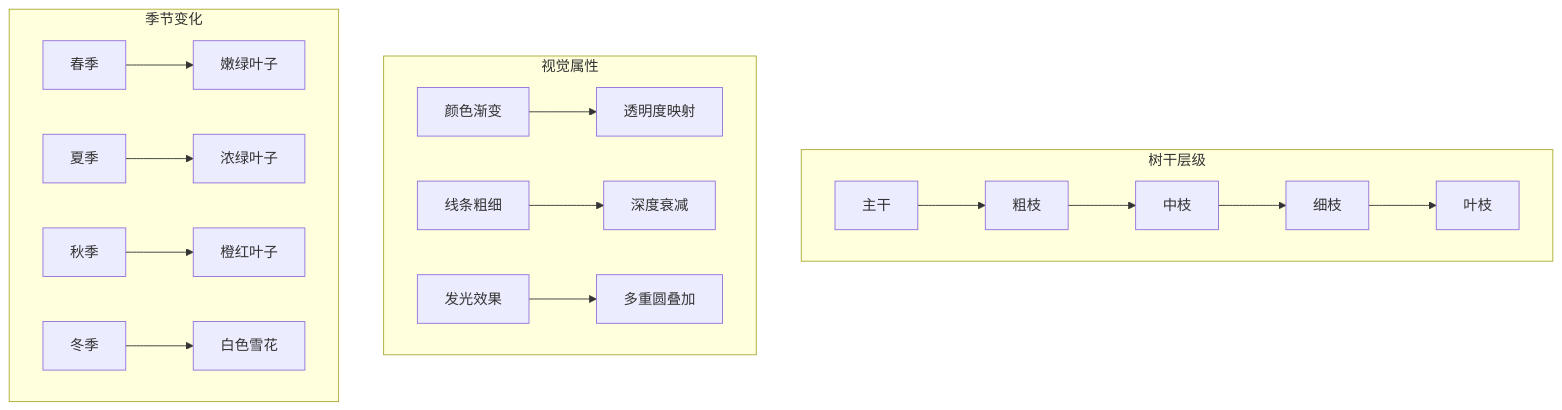
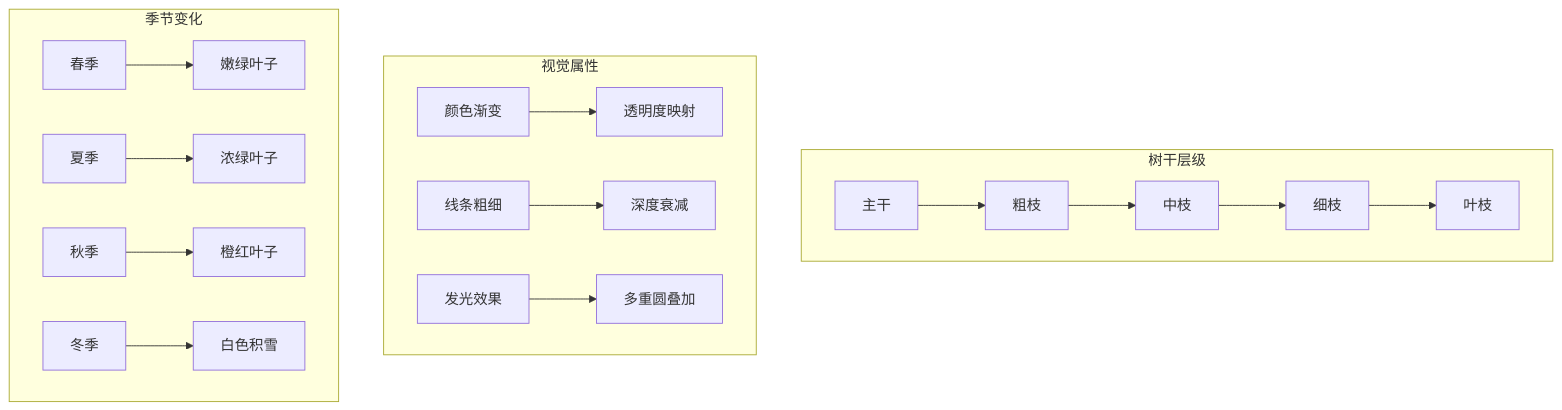
Before and after one commit to yuyezhizhi/yuyezhizhi.github.io: the fifth of 15 diagrams in .qoder/repowiki/zh/content/Fractal Tree Animation.md, drawn with Mermaid. The commit also changed other lines of this file and 14 other files, not shown here.

````diff
--- a/.qoder/repowiki/zh/content/Fractal Tree Animation.md
+++ b/.qoder/repowiki/zh/content/Fractal Tree Animation.md
@@ -188,20 +202,20 @@
 ```mermaid
 graph TB
 subgraph "树干层级"
 A[主干] --> B[粗枝]
 B --> C[中枝]
 C --> D[细枝]
 D --> E[叶枝]
 end
 subgraph "视觉属性"
 F[颜色渐变] --> G[透明度映射]
 H[线条粗细] --> I[深度衰减]
 J[发光效果] --> K[多重圆叠加]
 end
 subgraph "季节变化"
 L[春季] --> M[嫩绿叶子]
 N[夏季] --> O[浓绿叶子]
 P[秋季] --> Q[橙红叶子]
-R[冬季] --> S[白色雪花]
+R[冬季] --> S[白色积雪]
 end
 ```
````
